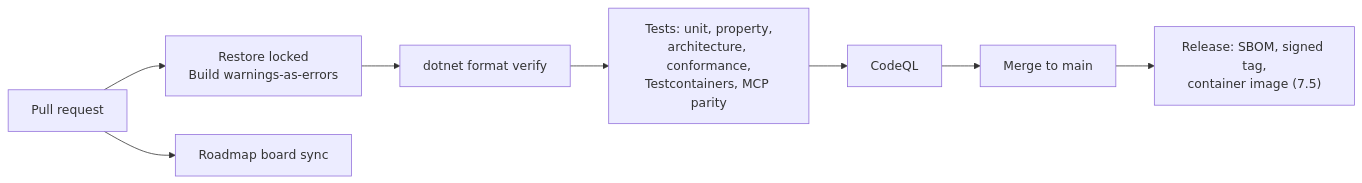
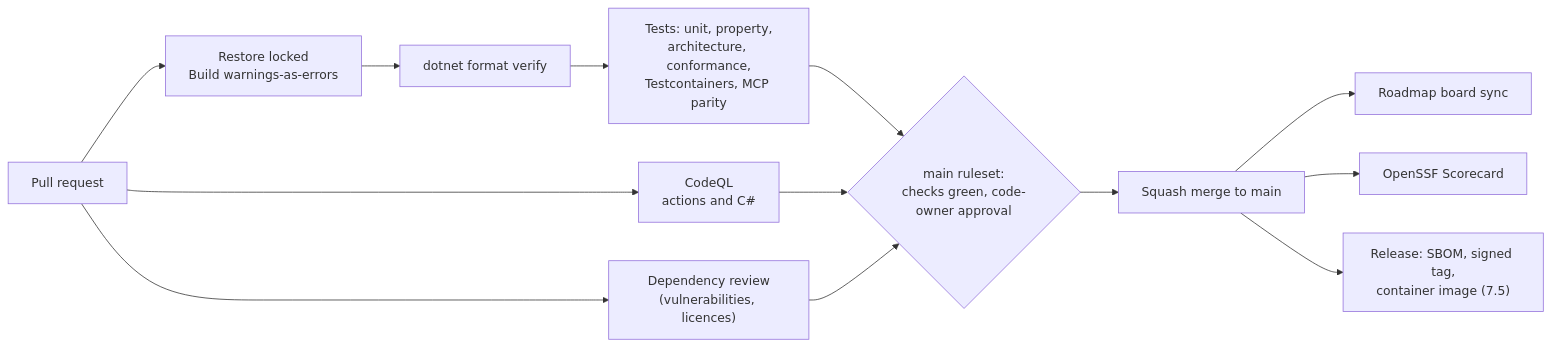
Before and after one commit to KsiProgramming/RimBank: the fourth of 4 diagrams in docs/architecture/08-deployment-security-operations.md, drawn with Mermaid. The commit also changed other lines of this file and 15 other files, not shown here.

````diff
--- a/docs/architecture/08-deployment-security-operations.md
+++ b/docs/architecture/08-deployment-security-operations.md
@@ -150,10 +152,15 @@
 ```mermaid
 flowchart LR
     PR[Pull request] --> B[Restore locked<br/>Build warnings-as-errors]
     B --> F[dotnet format verify]
     F --> T[Tests: unit, property,<br/>architecture, conformance,<br/>Testcontainers, MCP parity]
-    T --> Q[CodeQL]
-    Q --> M[Merge to main]
+    PR --> Q[CodeQL<br/>actions and C#]
+    PR --> DR["Dependency review<br/>(vulnerabilities, licences)"]
+    T --> G{"main ruleset:<br/>checks green, code-owner approval"}
+    Q --> G
+    DR --> G
+    G --> M[Squash merge to main]
+    M --> BOARD[Roadmap board sync]
+    M --> SC[OpenSSF Scorecard]
     M --> R["Release: SBOM, signed tag,<br/>container image (7.5)"]
-    PR --> BOARD[Roadmap board sync]
 ```
````
